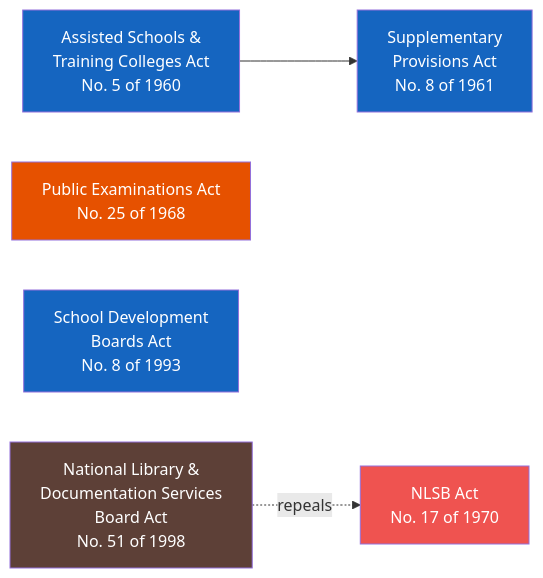
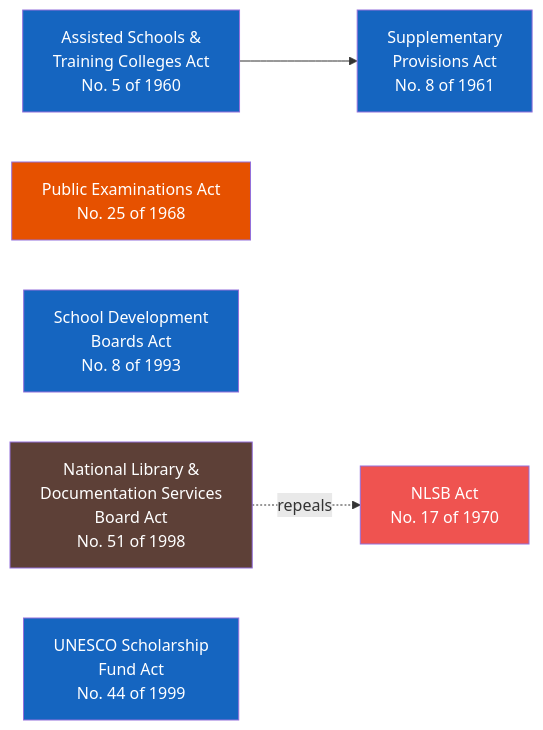
One commit to LDFLK/research changed the diagram in docs/docs/ministry-deep-dive/education/act-lineage/index.md. Above: the diagram before and after it, drawn with Mermaid. The commit also changed other lines of this file and 8 other files, not shown here.

First line of the commit message:
feat: add UNESCO Scholarship Fund Act deep dive (Education Ministry)

````diff
--- a/docs/docs/ministry-deep-dive/education/act-lineage/index.md
+++ b/docs/docs/ministry-deep-dive/education/act-lineage/index.md
@@ -12,20 +12,23 @@
 ```mermaid
 flowchart LR
     ASA["Assisted Schools &<br/>Training Colleges Act<br/>No. 5 of 1960"] --> SUP["Supplementary<br/>Provisions Act<br/>No. 8 of 1961"]
     PEA["Public Examinations Act<br/>No. 25 of 1968"]
     SDB["School Development<br/>Boards Act<br/>No. 8 of 1993"]
     NLA["National Library &<br/>Documentation Services<br/>Board Act<br/>No. 51 of 1998"] -.->|"repeals"| OLD["NLSB Act<br/>No. 17 of 1970"]
+    USF["UNESCO Scholarship<br/>Fund Act<br/>No. 44 of 1999"]
 
     click ASA "https://www.lawnet.gov.lk/wp-content/uploads/Law%20Site/4-stats_1956_2006/set1/1960Y0V0C5A.html" "View Act (LawNet)" _blank
     click SUP "https://www.lawnet.gov.lk/wp-content/uploads/Law%20Site/4-stats_1956_2006/set1/1961Y0V0C8A.html" "View Act (LawNet)" _blank
     click PEA "https://www.srilankalaw.lk/revised-statutes/volume-vi/965-public-examinations-act.html" "View Act (srilankalaw.lk)" _blank
     click SDB "http://www.commonlii.org/lk/legis/num_act/sdba8o1993306/" "View Act (CommonLII)" _blank
+    click USF "https://www.lawnet.gov.lk/wp-content/uploads/cons_stat_up2_2006/1999Y0V0C44A.html" "View Act (LawNet)" _blank
     click NLA "http://www.natlib.lk/pdf/51of1998E.pdf" "View Act (natlib.lk)" _blank
 
     style ASA fill:#1565C0,color:#fff
     style SUP fill:#1565C0,color:#fff
     style PEA fill:#E65100,color:#fff
     style SDB fill:#1565C0,color:#fff
+    style USF fill:#1565C0,color:#fff
     style NLA fill:#5D4037,color:#fff
     style OLD fill:#EF5350,color:#fff
 ```
````
